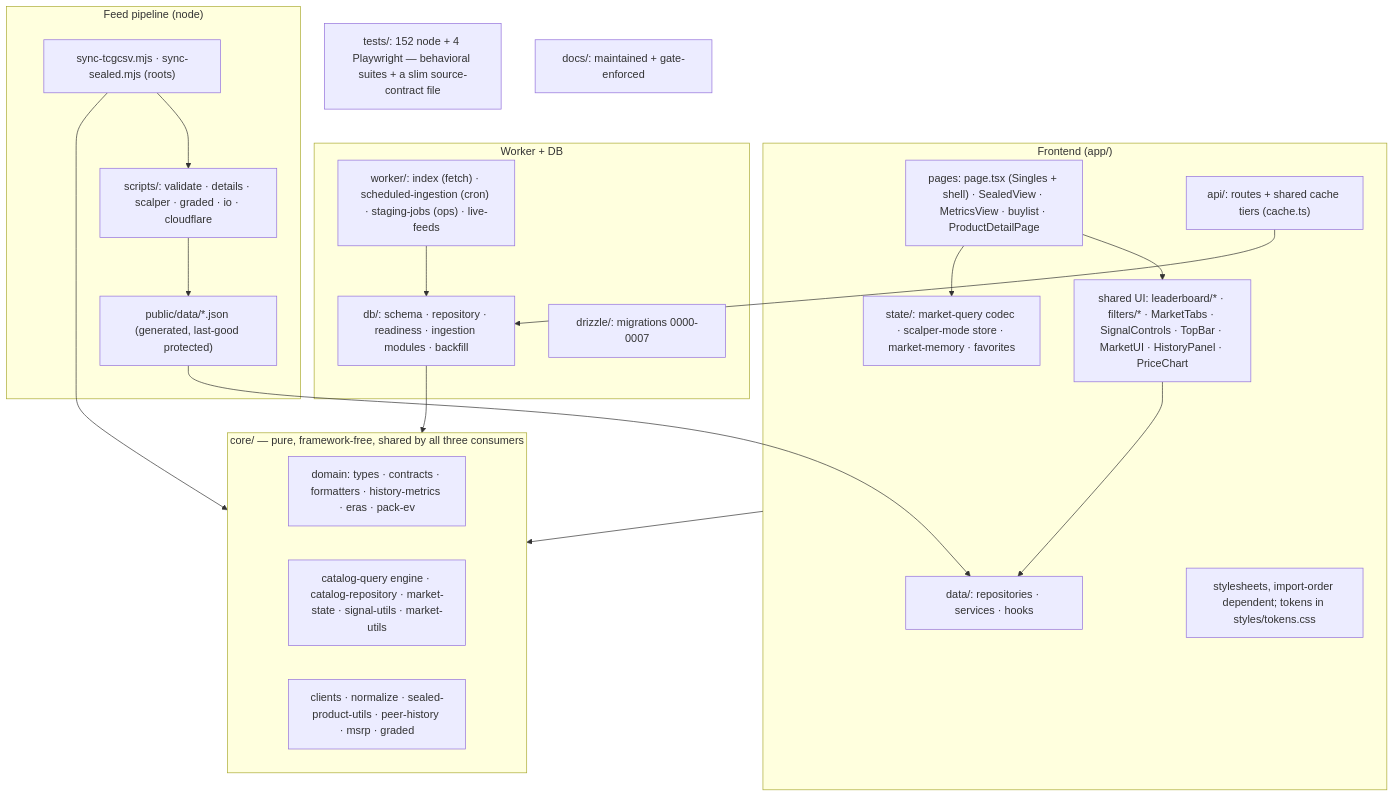
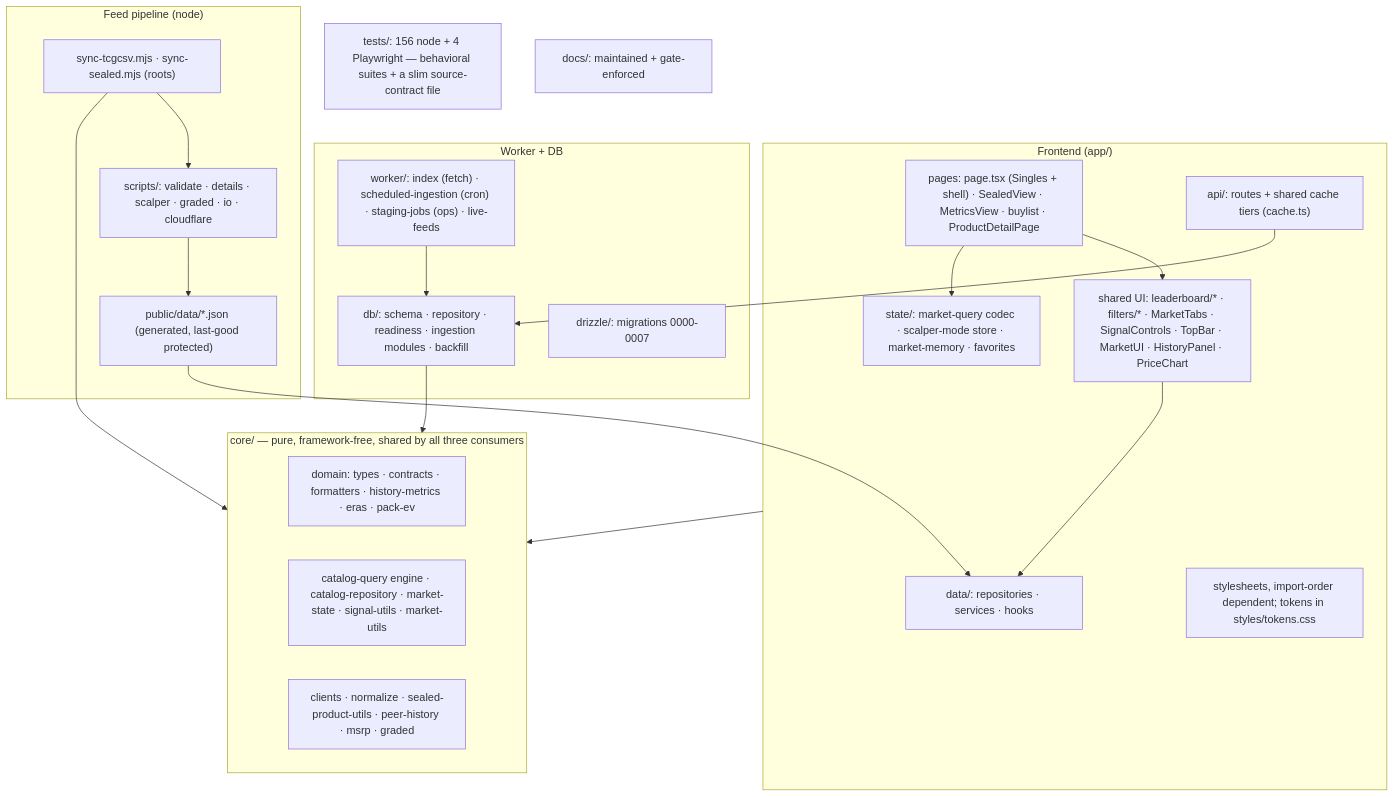
The first of 3 diagrams in docs/helicopter-view.md (cjord/rawsignal), drawn with Mermaid before and after one commit. The commit also changed other lines of this file and 3 other files, not shown here.

````diff
--- a/docs/helicopter-view.md
+++ b/docs/helicopter-view.md
@@ -19,38 +19,38 @@
 ```mermaid
 flowchart TB
   subgraph frontend["Frontend (app/)"]
     pages["pages: page.tsx (Singles + shell) · SealedView · MetricsView · buylist · ProductDetailPage"]
     prims["shared UI: leaderboard/* · filters/* · MarketTabs · SignalControls · TopBar · MarketUI · HistoryPanel · PriceChart"]
     state["state/: market-query codec · scalper-mode store · market-memory · favorites"]
     dataL["data/: repositories · services · hooks"]
     api["api/: routes + shared cache tiers (cache.ts)"]
     css["stylesheets, import-order dependent; tokens in styles/tokens.css"]
   end
   subgraph core["core/ — pure, framework-free, shared by all three consumers"]
     domain["domain: types · contracts · formatters · history-metrics · eras · pack-ev"]
     engine["catalog-query engine · catalog-repository · market-state · signal-utils · market-utils"]
     pipe["clients · normalize · sealed-product-utils · peer-history · msrp · graded"]
   end
   subgraph backend["Worker + DB"]
     worker["worker/: index (fetch) · scheduled-ingestion (cron) · staging-jobs (ops) · live-feeds"]
     db["db/: schema · repository · readiness · ingestion modules · backfill"]
     drizzle["drizzle/: migrations 0000-0007"]
   end
   subgraph pipeline["Feed pipeline (node)"]
     sync["sync-tcgcsv.mjs · sync-sealed.mjs (roots)"]
     scripts["scripts/: validate · details · scalper · graded · io · cloudflare"]
     feeds["public/data/*.json (generated, last-good protected)"]
   end
-  tests["tests/: 152 node + 4 Playwright — behavioral suites + a slim source-contract file"]
+  tests["tests/: 156 node + 4 Playwright — behavioral suites + a slim source-contract file"]
   docs["docs/: maintained + gate-enforced"]
 
   pages --> prims --> dataL
   pages --> state
   frontend --> core
   api --> db
   worker --> db
   db --> core
   sync --> scripts --> feeds
   sync --> core
   feeds --> dataL
 ```
````
